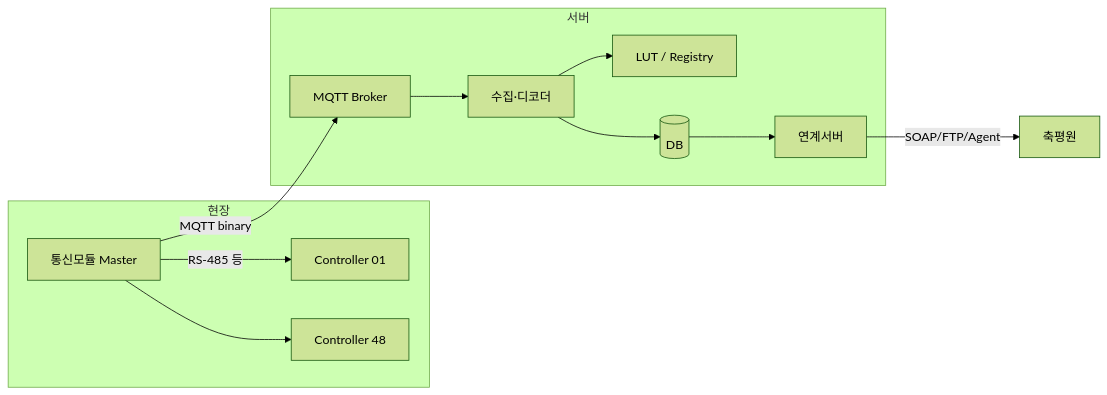
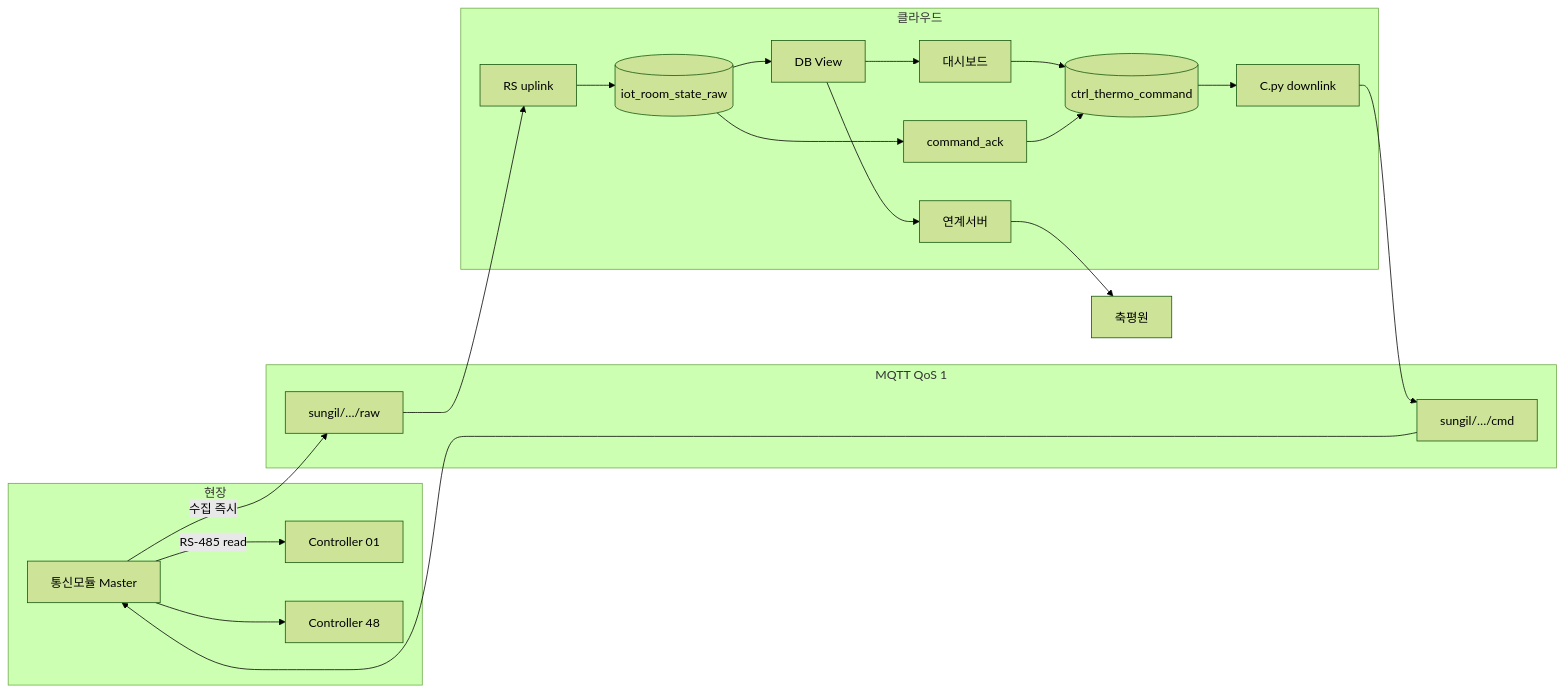
Before and after one commit to SIJackLee/dashboard: the first of 4 diagrams in 데이터폼 정책문서.md, drawn with Mermaid (forest theme). The commit also changed other lines of this file and 9 other files, not shown here.

First line of the commit message:
feat: RS-DB-C raw LIVE decode and cloud deploy docs

````diff
--- a/데이터폼 정책문서.md
+++ b/데이터폼 정책문서.md
@@ -29,23 +31,37 @@
 ```mermaid
 flowchart LR
   subgraph field [현장]
     CM[통신모듈 Master]
     C1[Controller 01]
     C48[Controller 48]
-    CM -->|RS-485 등| C1
+    CM -->|RS-485 read| C1
     CM --> C48
   end
-  subgraph cloud [서버]
-    MQTT[MQTT Broker]
-    RX[수집·디코더]
-    LUT[LUT / Registry]
-    DB[(DB)]
+  subgraph mqtt [MQTT QoS 1]
+    RAW[sungil/…/raw]
+    CMD[sungil/…/cmd]
+  end
+  subgraph cloud [클라우드]
+    RS[RS uplink]
+    RAWDB[(iot_room_state_raw)]
+    VIEW[DB View]
+    CMDDB[(ctrl_thermo_command)]
+    C[C.py downlink]
+    ACK[command_ack]
+    UI[대시보드]
     AG[연계서버]
-    RX --> LUT
-    RX --> DB
-    DB --> AG
+    RS --> RAWDB
+    RAWDB --> VIEW
+    VIEW --> UI
+    UI --> CMDDB
+    CMDDB --> C
+    C --> CMD
+    RAWDB --> ACK
+    ACK --> CMDDB
+    VIEW --> AG
   end
-  CM -->|MQTT binary| MQTT
-  MQTT --> RX
-  AG -->|SOAP/FTP/Agent| EKAPE[축평원]
+  CM -->|수집 즉시| RAW
+  RAW --> RS
+  CMD --> CM
+  AG --> EKAPE[축평원]
 ```
````
